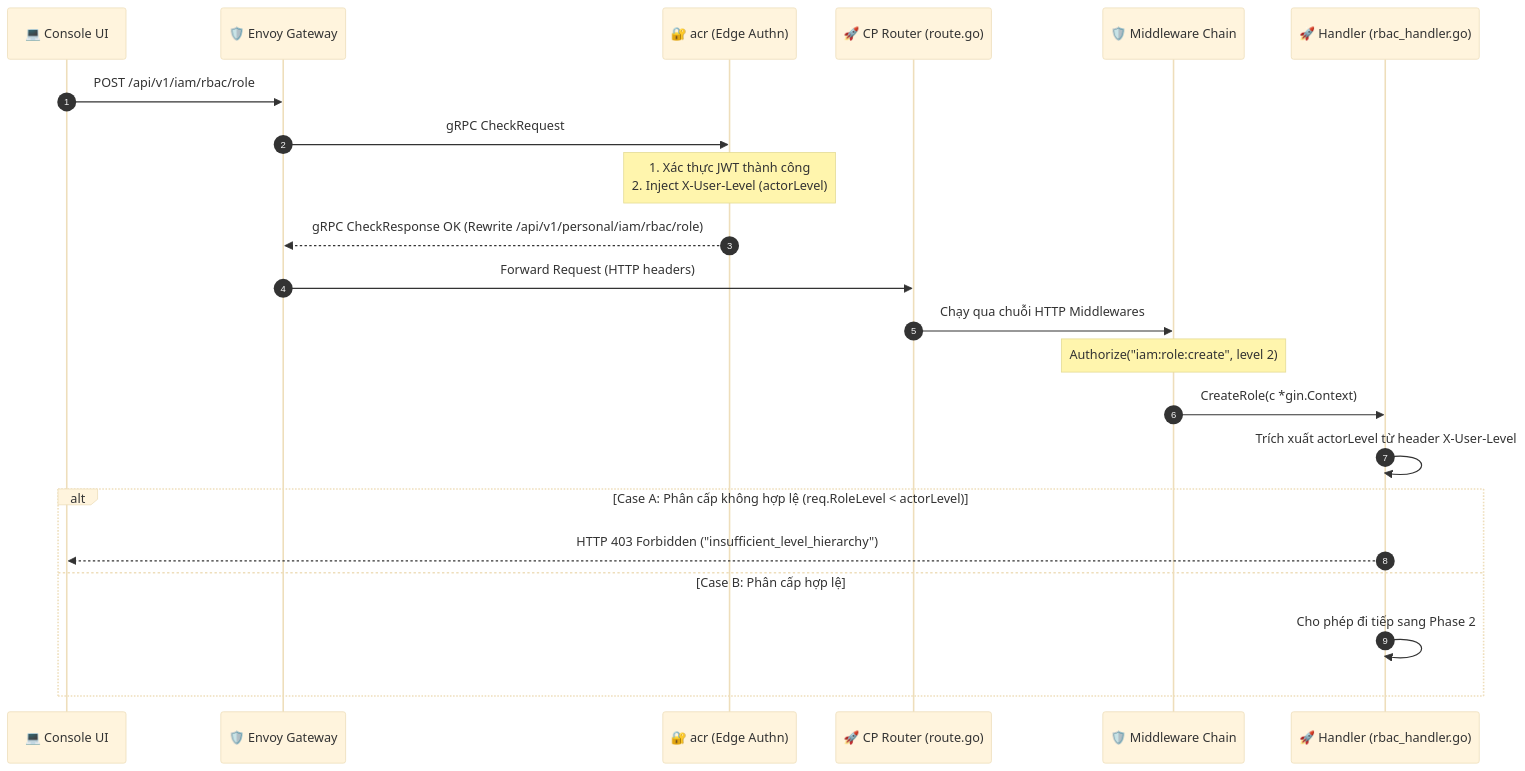
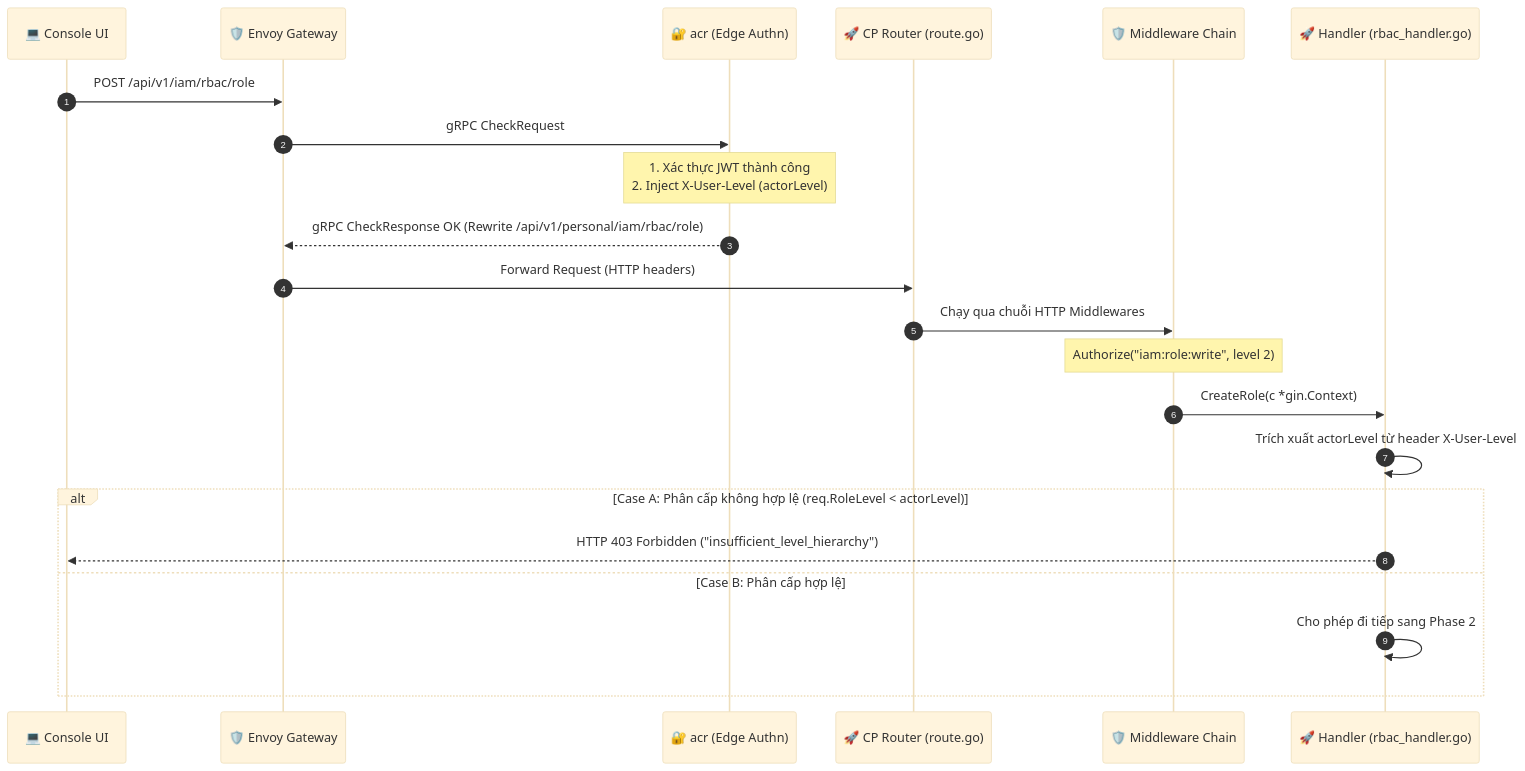
Before and after one commit to phucle996/aurora: the third of 6 diagrams in god_view/iam/rbac_god_view_workflow.md, drawn with Mermaid (base theme). The commit also changed other lines of this file and 35 other files, not shown here.

````diff
--- a/god_view/iam/rbac_god_view_workflow.md
+++ b/god_view/iam/rbac_god_view_workflow.md
@@ -218,25 +218,25 @@
 ```mermaid
 sequenceDiagram
     autonumber
     participant UI as 💻 Console UI
     participant Envoy as 🛡️ Envoy Gateway
     participant ACR as 🔐 acr (Edge Authn)
     participant Router as 🚀 CP Router (route.go)
     participant Midd as 🛡️ Middleware Chain
     participant Handler as 🚀 Handler (rbac_handler.go)
 
     UI->>Envoy: POST /api/v1/iam/rbac/role
     Envoy->>ACR: gRPC CheckRequest
     Note over ACR: 1. Xác thực JWT thành công<br/>2. Inject X-User-Level (actorLevel)
     ACR-->>Envoy: gRPC CheckResponse OK (Rewrite /api/v1/personal/iam/rbac/role)
     Envoy->>Router: Forward Request (HTTP headers)
     Router->>Midd: Chạy qua chuỗi HTTP Middlewares
-    Note over Midd: Authorize("iam:role:create", level 2)
+    Note over Midd: Authorize("iam:role:write", level 2)
     Midd->>Handler: CreateRole(c *gin.Context)
     Handler->>Handler: Trích xuất actorLevel từ header X-User-Level
     alt Case A: Phân cấp không hợp lệ (req.RoleLevel < actorLevel)
         Handler-->>UI: HTTP 403 Forbidden ("insufficient_level_hierarchy")
     else Case B: Phân cấp hợp lệ
         Handler->>Handler: Cho phép đi tiếp sang Phase 2
     end
 ```
````
